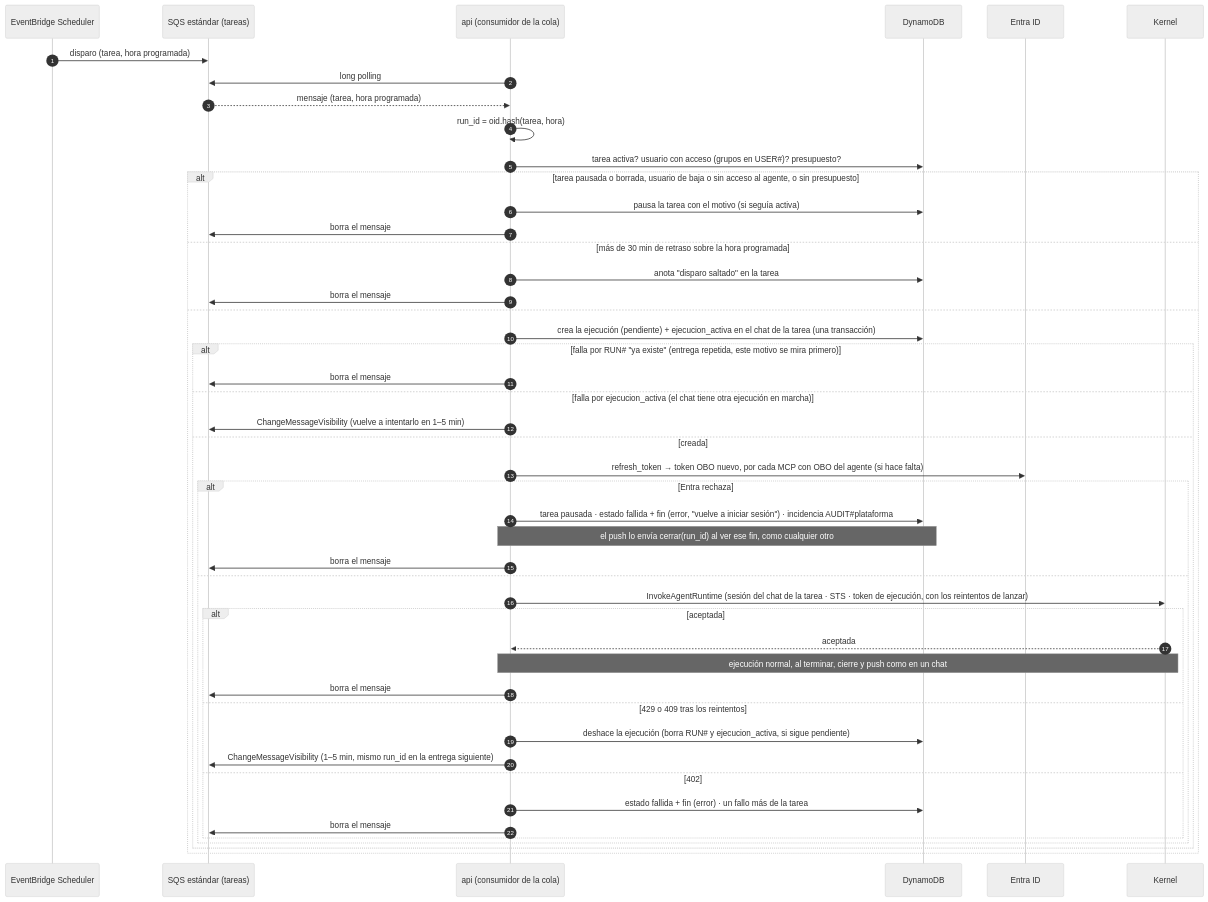
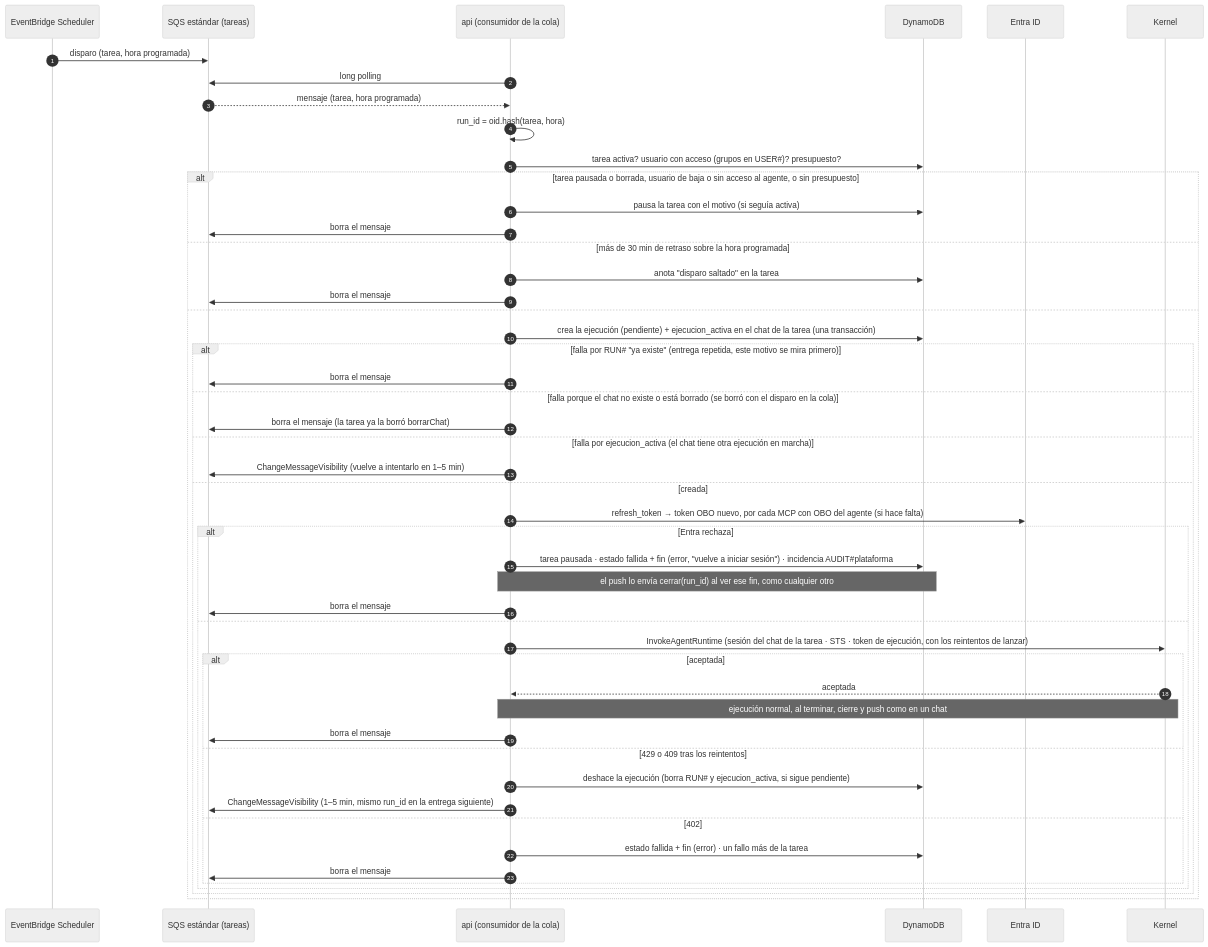
Before and after one commit to ikermendi/sample-agent-platform-with-agentcore: the ninth of 10 diagrams in docs/arquitectura-agentes.md, drawn with Mermaid (neutral theme). The commit also changed other lines of this file and 1 other file, not shown here.

````diff
--- a/docs/arquitectura-agentes.md
+++ b/docs/arquitectura-agentes.md
@@ -1226,50 +1226,52 @@
 ```mermaid
 sequenceDiagram
   autonumber
   participant S as EventBridge Scheduler
   participant Q as SQS estándar (tareas)
   participant API as api (consumidor de la cola)
   participant D as DynamoDB
   participant E as Entra ID
   participant K as Kernel
 
   S->>Q: disparo (tarea, hora programada)
   API->>Q: long polling
   Q-->>API: mensaje (tarea, hora programada)
   API->>API: run_id = oid.hash(tarea, hora)
   API->>D: tarea activa? usuario con acceso (grupos en USER#35;)? presupuesto?
   alt tarea pausada o borrada, usuario de baja o sin acceso al agente, o sin presupuesto
     API->>D: pausa la tarea con el motivo (si seguía activa)
     API->>Q: borra el mensaje
   else más de 30 min de retraso sobre la hora programada
     API->>D: anota "disparo saltado" en la tarea
     API->>Q: borra el mensaje
   else
     API->>D: crea la ejecución (pendiente) + ejecucion_activa en el chat de la tarea (una transacción)
     alt falla por RUN#35; "ya existe" (entrega repetida, este motivo se mira primero)
       API->>Q: borra el mensaje
+    else falla porque el chat no existe o está borrado (se borró con el disparo en la cola)
+      API->>Q: borra el mensaje (la tarea ya la borró borrarChat)
     else falla por ejecucion_activa (el chat tiene otra ejecución en marcha)
       API->>Q: ChangeMessageVisibility (vuelve a intentarlo en 1–5 min)
     else creada
       API->>E: refresh_token → token OBO nuevo, por cada MCP con OBO del agente (si hace falta)
       alt Entra rechaza
         API->>D: tarea pausada · estado fallida + fin (error, "vuelve a iniciar sesión") · incidencia AUDIT#35;plataforma
         Note over API,D: el push lo envía cerrar(run_id) al ver ese fin, como cualquier otro
         API->>Q: borra el mensaje
       else
         API->>K: InvokeAgentRuntime (sesión del chat de la tarea · STS · token de ejecución, con los reintentos de lanzar)
         alt aceptada
           K-->>API: aceptada
           Note over API,K: ejecución normal, al terminar, cierre y push como en un chat
           API->>Q: borra el mensaje
         else 429 o 409 tras los reintentos
           API->>D: deshace la ejecución (borra RUN#35; y ejecucion_activa, si sigue pendiente)
           API->>Q: ChangeMessageVisibility (1–5 min, mismo run_id en la entrega siguiente)
         else 402
           API->>D: estado fallida + fin (error) · un fallo más de la tarea
           API->>Q: borra el mensaje
         end
       end
     end
   end
 ```
````
